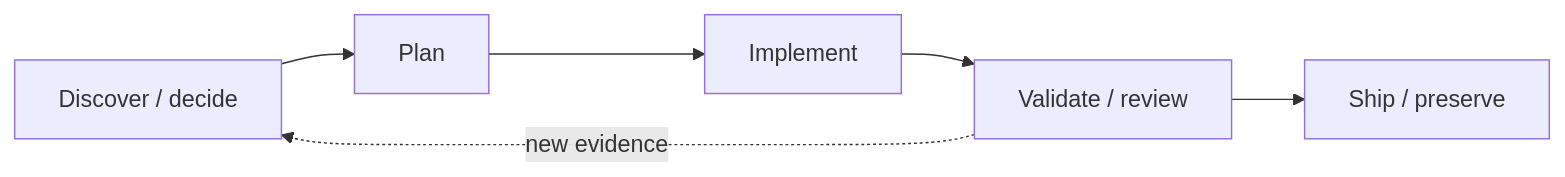
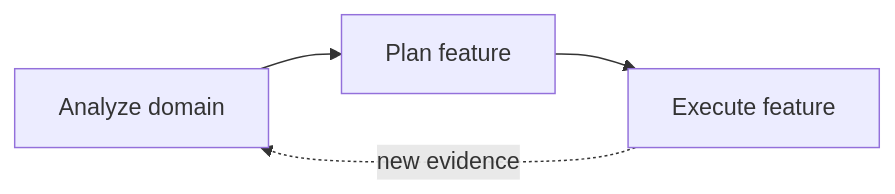
The first of 14 diagrams in README.md (pnewsam/skills), drawn with Mermaid before and after one commit. The commit also changed other lines of this file and 45 other files, not shown here.

````diff
--- a/README.md
+++ b/README.md
@@ -67,5 +69,5 @@
 ```mermaid
 flowchart LR
-    D["Discover / decide"] --> P["Plan"] --> I["Implement"] --> V["Validate / review"] --> S["Ship / preserve"]
-    V -.->|"new evidence"| D
+    A["Analyze domain"] --> P["Plan feature"] --> E["Execute feature"]
+    E -.->|"new evidence"| A
 ```
````
